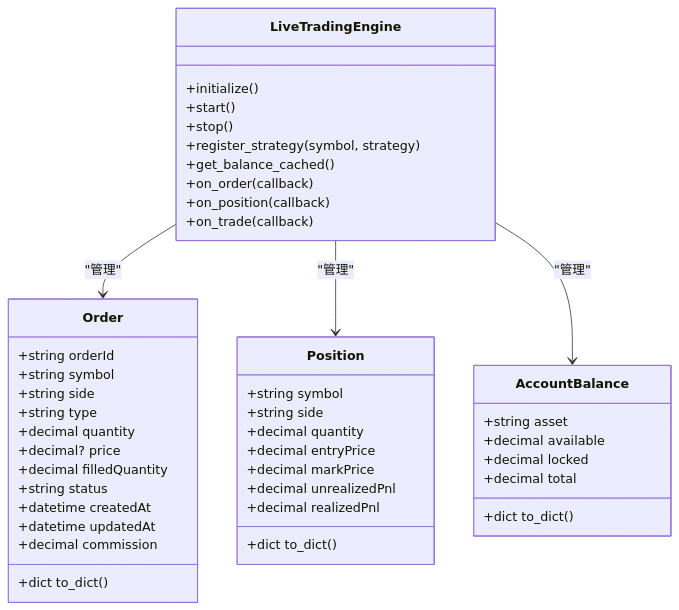
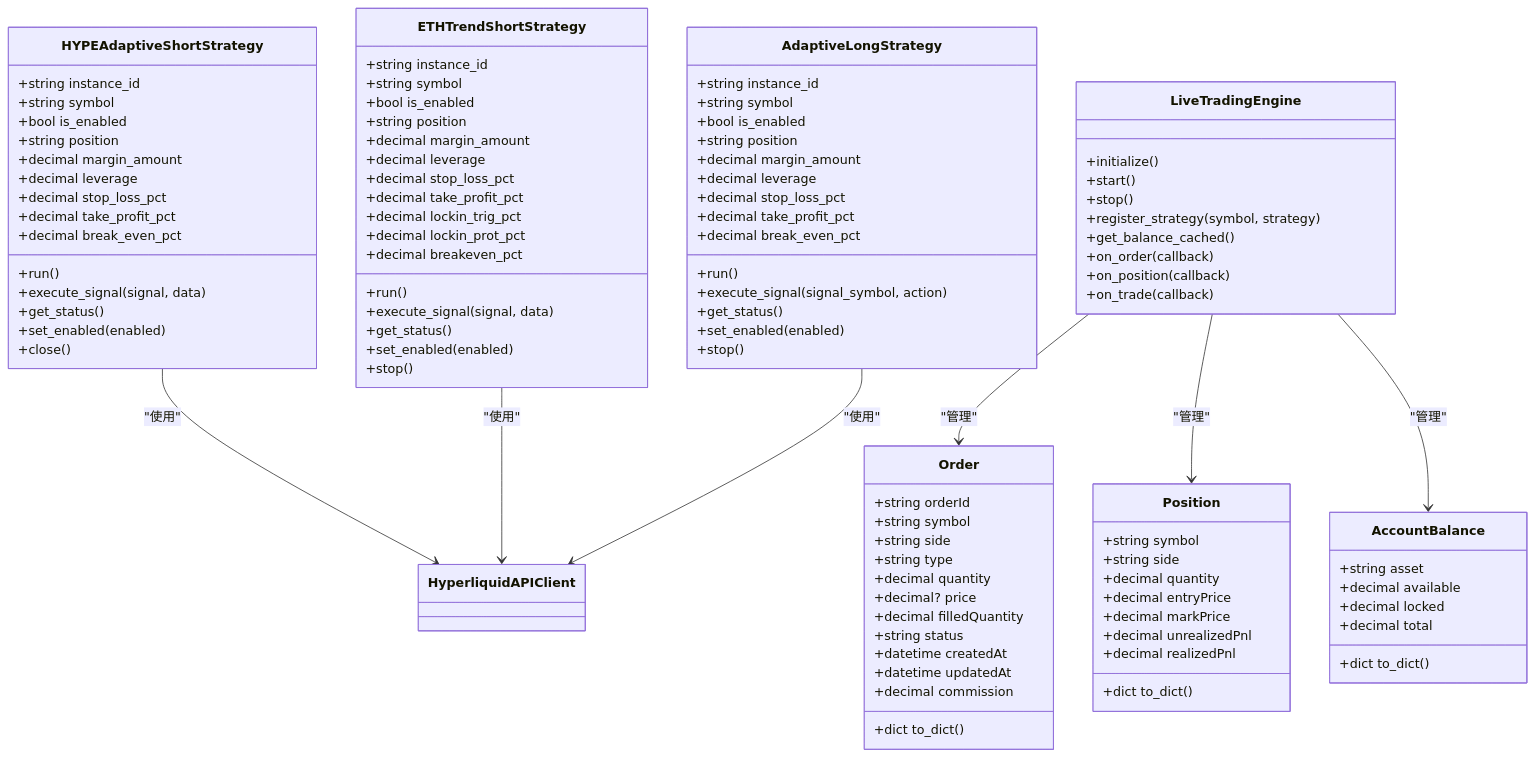
Before and after one commit to zyf266/ending: the third of 4 diagrams in .qoder/repowiki/zh/content/API接口文档/实盘交易API.md, drawn with Mermaid. The commit also changed other lines of this file and 63 other files, not shown here.

````diff
--- a/.qoder/repowiki/zh/content/API接口文档/实盘交易API.md
+++ b/.qoder/repowiki/zh/content/API接口文档/实盘交易API.md
@@ -260,6 +316,56 @@
 +decimal total
 +dict to_dict()
 }
+class HYPEAdaptiveShortStrategy {
++string instance_id
++string symbol
++bool is_enabled
++string position
++decimal margin_amount
++decimal leverage
++decimal stop_loss_pct
++decimal take_profit_pct
++decimal break_even_pct
++run()
++execute_signal(signal, data)
++get_status()
++set_enabled(enabled)
++close()
+}
+class ETHTrendShortStrategy {
++string instance_id
++string symbol
++bool is_enabled
++string position
++decimal margin_amount
++decimal leverage
++decimal stop_loss_pct
++decimal take_profit_pct
++decimal lockin_trig_pct
++decimal lockin_prot_pct
++decimal breakeven_pct
++run()
++execute_signal(signal, data)
++get_status()
++set_enabled(enabled)
++stop()
+}
+class AdaptiveLongStrategy {
++string instance_id
++string symbol
++bool is_enabled
++string position
++decimal margin_amount
++decimal leverage
++decimal stop_loss_pct
++decimal take_profit_pct
++decimal break_even_pct
++run()
++execute_signal(signal_symbol, action)
++get_status()
++set_enabled(enabled)
++stop()
+}
 class LiveTradingEngine {
 +initialize()
 +start()
@@ -273,4 +379,7 @@
 LiveTradingEngine --> Order : "管理"
 LiveTradingEngine --> Position : "管理"
 LiveTradingEngine --> AccountBalance : "管理"
+HYPEAdaptiveShortStrategy --> HyperliquidAPIClient : "使用"
+ETHTrendShortStrategy --> HyperliquidAPIClient : "使用"
+AdaptiveLongStrategy --> HyperliquidAPIClient : "使用"
 ```
````
